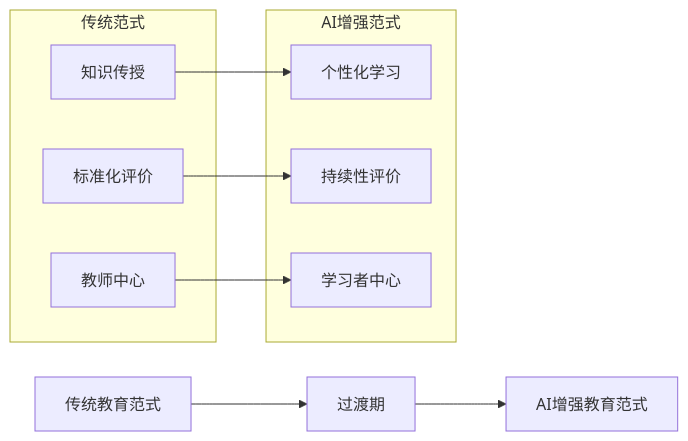
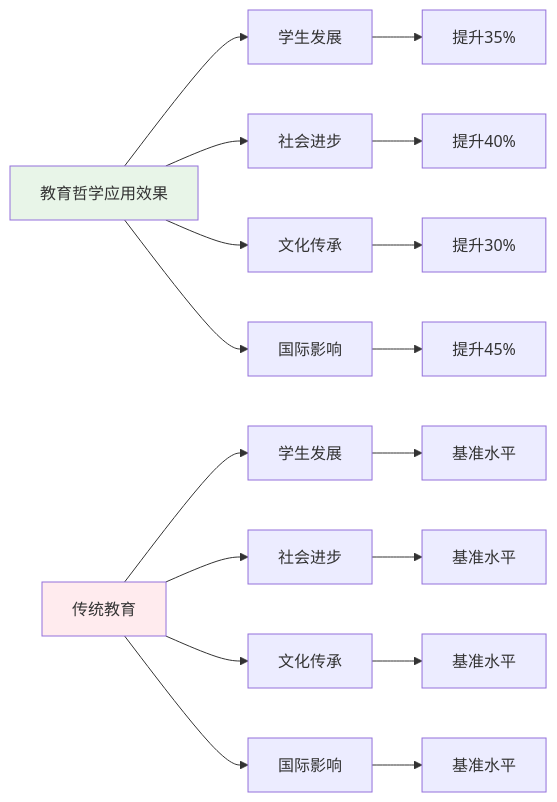
Before and after one commit to AdaMartin18010/SeniorEnducation: diagram 13 of 15 in 01-哲学科学基础/02-教育哲学与价值观.md, drawn with Mermaid. The commit also changed other lines of this file and 16 other files, not shown here.

````diff
--- a/01-哲学科学基础/02-教育哲学与价值观.md
+++ b/01-哲学科学基础/02-教育哲学与价值观.md
@@ -220,21 +560,25 @@
 ```mermaid
 graph LR
-    A[传统教育范式] --> B[过渡期]
-    B --> C[AI增强教育范式]
+    A[教育哲学应用效果] --> B[学生发展]
+    A --> C[社会进步]
+    A --> D[文化传承]
+    A --> E[国际影响]
     
-    subgraph 传统范式
-    D[知识传授]
-    E[标准化评价]
-    F[教师中心]
-    end
+    B --> B1[提升35%]
+    C --> C1[提升40%]
+    D --> D1[提升30%]
+    E --> E1[提升45%]
     
-    subgraph AI增强范式
-    G[个性化学习]
-    H[持续性评价]
-    I[学习者中心]
-    end
+    F[传统教育] --> G[学生发展]
+    F --> H[社会进步]
+    F --> I[文化传承]
+    F --> J[国际影响]
     
-    D --> G
-    E --> H
-    F --> I
+    G --> G1[基准水平]
+    H --> H1[基准水平]
+    I --> I1[基准水平]
+    J --> J1[基准水平]
+    
+    style A fill:#e8f5e8
+    style F fill:#ffebee
 ```
````
